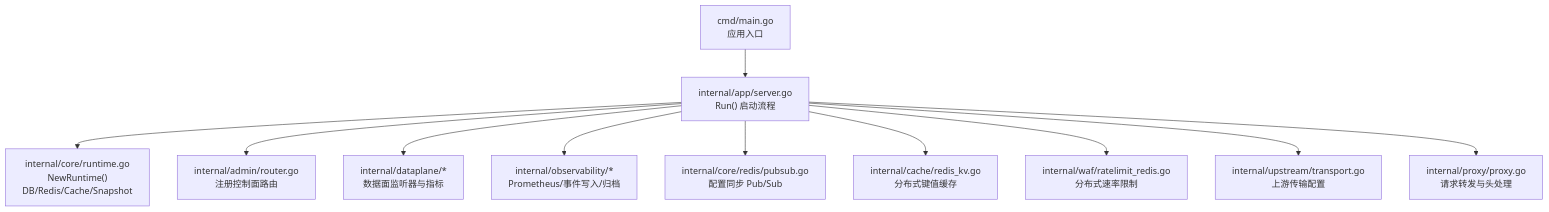
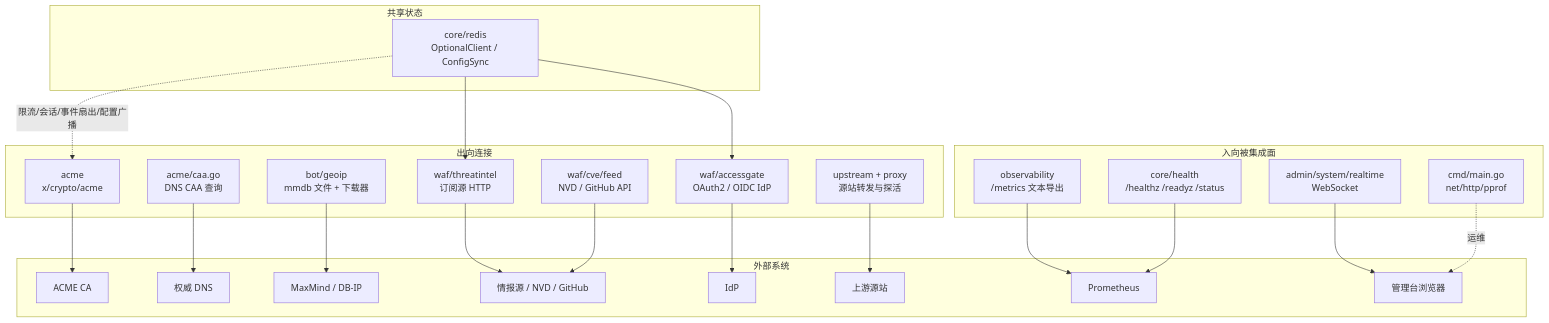
One commit to x01n/My-OpenWaf changed the first of 9 diagrams in docs/扩展与插件系统/第三方集成/第三方集成.md. Above: the diagram before and after it, drawn with Mermaid. The commit also changed other lines of this file and 622 other files, not shown here.

````diff
--- a/docs/扩展与插件系统/第三方集成/第三方集成.md
+++ b/docs/扩展与插件系统/第三方集成/第三方集成.md
@@ -55,13 +118,45 @@
 ```mermaid
 graph TB
-A["cmd/main.go<br/>应用入口"] --> B["internal/app/server.go<br/>Run() 启动流程"]
-B --> C["internal/core/runtime.go<br/>NewRuntime()<br/>DB/Redis/Cache/Snapshot"]
-B --> D["internal/admin/router.go<br/>注册控制面路由"]
-B --> E["internal/dataplane/*<br/>数据面监听器与指标"]
-B --> F["internal/observability/*<br/>Prometheus/事件写入/归档"]
-B --> G["internal/core/redis/pubsub.go<br/>配置同步 Pub/Sub"]
-B --> H["internal/cache/redis_kv.go<br/>分布式键值缓存"]
-B --> I["internal/waf/ratelimit_redis.go<br/>分布式速率限制"]
-B --> J["internal/upstream/transport.go<br/>上游传输配置"]
-B --> K["internal/proxy/proxy.go<br/>请求转发与头处理"]
+subgraph "出向连接"
+AC["acme<br/>x/crypto/acme"]
+CAA["acme/caa.go<br/>DNS CAA 查询"]
+GI["bot/geoip<br/>mmdb 文件 + 下载器"]
+TI["waf/threatintel<br/>订阅源 HTTP"]
+CV["waf/cve/feed<br/>NVD / GitHub API"]
+AG["waf/accessgate<br/>OAuth2 / OIDC IdP"]
+UP["upstream + proxy<br/>源站转发与探活"]
+end
+subgraph "共享状态"
+RD["core/redis<br/>OptionalClient / ConfigSync"]
+end
+subgraph "入向被集成面"
+OBS["observability<br/>/metrics 文本导出"]
+HC["core/health<br/>/healthz /readyz /status"]
+RT["admin/system/realtime<br/>WebSocket"]
+PP["cmd/main.go<br/>net/http/pprof"]
+end
+subgraph "外部系统"
+LE["ACME CA"]
+DNS["权威 DNS"]
+GEO["MaxMind / DB-IP"]
+FEED["情报源 / NVD / GitHub"]
+IDP["IdP"]
+SRV["上游源站"]
+PROM["Prometheus"]
+BROWSER["管理台浏览器"]
+end
+AC --> LE
+CAA --> DNS
+GI --> GEO
+TI --> FEED
+CV --> FEED
+AG --> IDP
+UP --> SRV
+RD -.限流/会话/事件扇出/配置广播.-> AC
+RD --> TI
+RD --> AG
+OBS --> PROM
+HC --> PROM
+RT --> BROWSER
+PP -.运维.-> BROWSER
 ```
````
